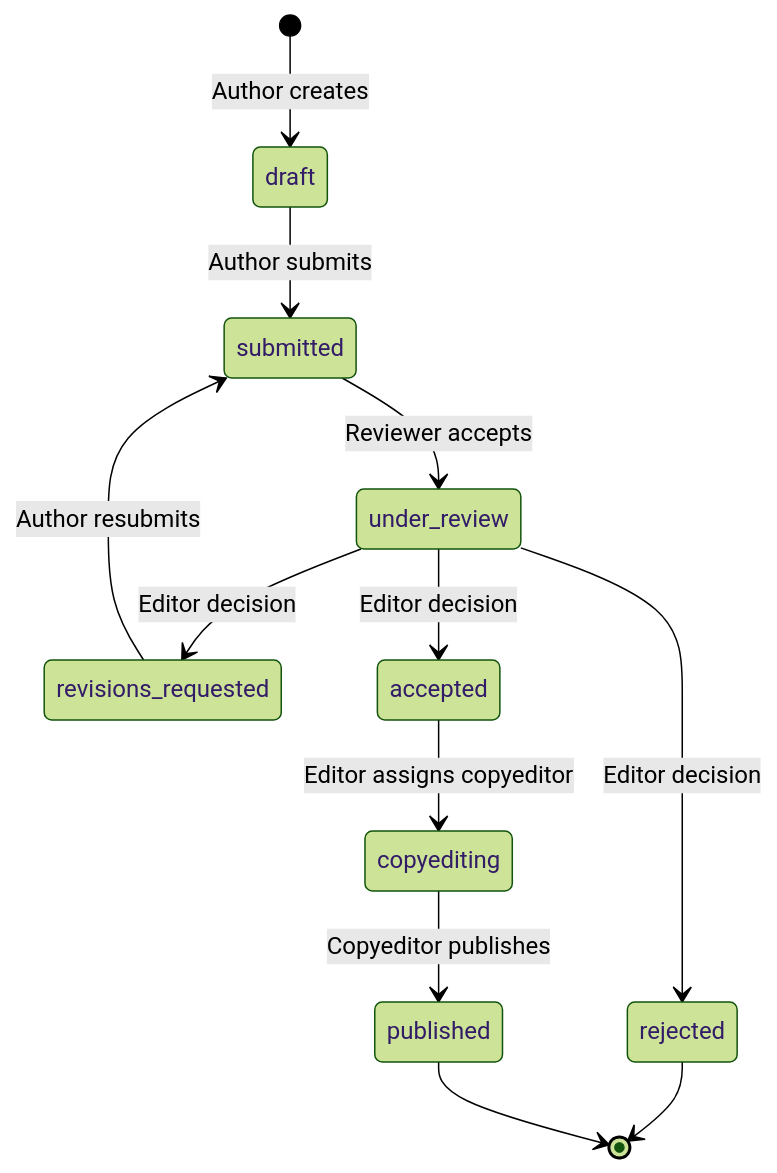
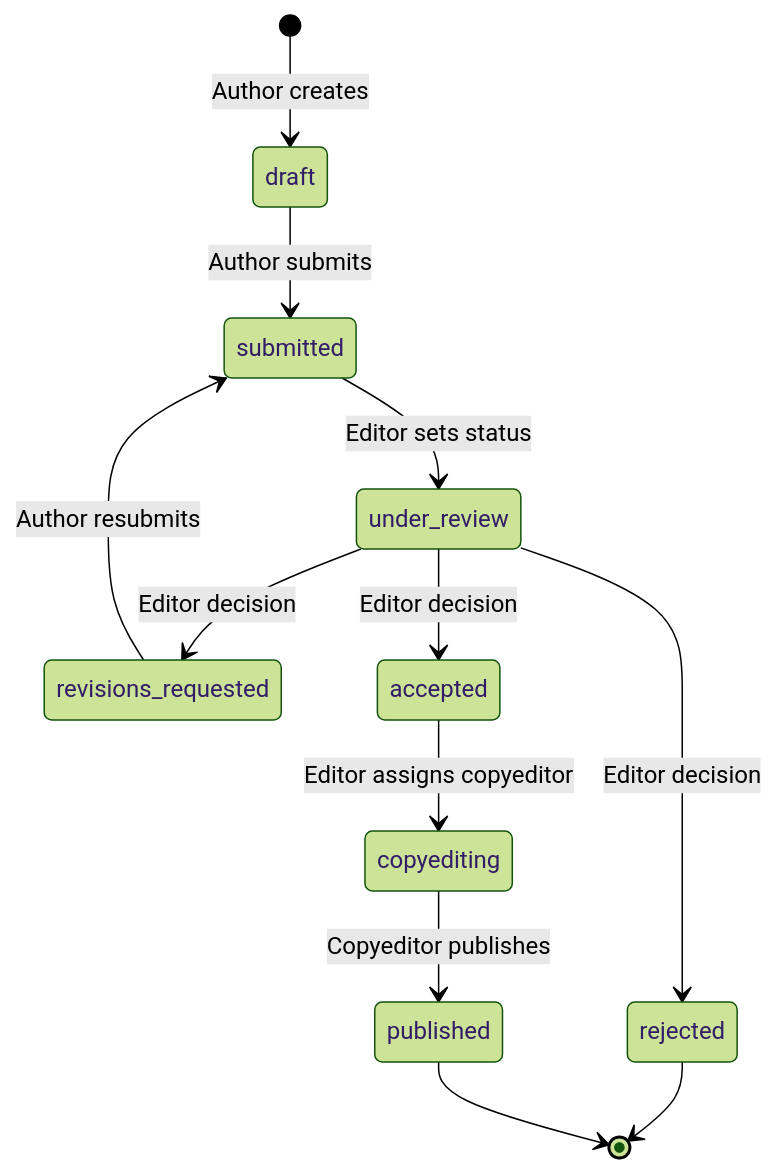
The diagram in docs/feature-report.md (OmarNajiAlhayek/folio), drawn with Mermaid (forest theme) before and after one commit. The commit also changed other lines of this file and 68 other files, not shown here.

````diff
--- a/docs/feature-report.md
+++ b/docs/feature-report.md
@@ -69,14 +69,14 @@
 ```mermaid
 stateDiagram-v2
     [*] --> draft : Author creates
     draft --> submitted : Author submits
-    submitted --> under_review : Reviewer accepts
+    submitted --> under_review : Editor sets status
     under_review --> revisions_requested : Editor decision
     revisions_requested --> submitted : Author resubmits
     under_review --> rejected : Editor decision
     under_review --> accepted : Editor decision
     accepted --> copyediting : Editor assigns copyeditor
     copyediting --> published : Copyeditor publishes
     rejected --> [*]
     published --> [*]
 ```
````
